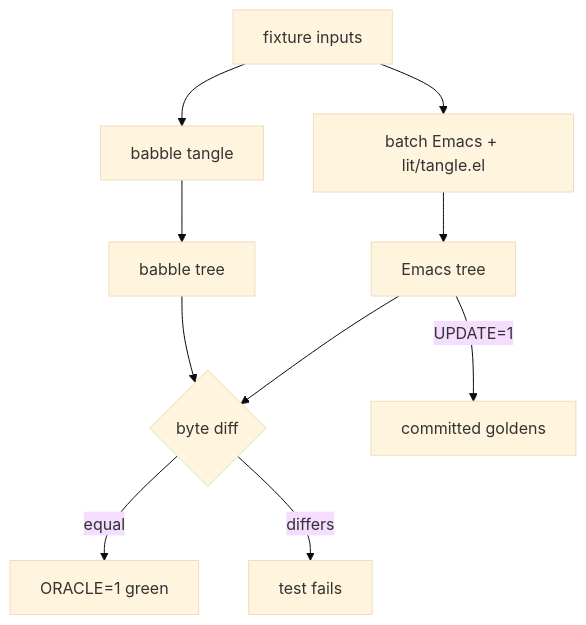
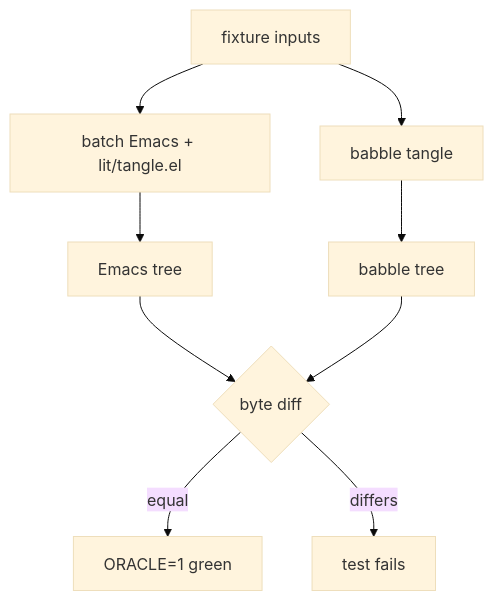
Before and after one commit to bilus/babble: the fifth of 5 diagrams in BOOK.org, drawn with Mermaid (base theme). The commit also changed other lines of this file and 4 other files, not shown here.

```diff
--- a/BOOK.org
+++ b/BOOK.org
@@ -4338,12 +4284,11 @@
 #+begin_src mermaid
 graph TD
   fx[fixture inputs] --> e[batch Emacs + lit/tangle.el]
   fx --> b[babble tangle]
   e --> et[Emacs tree]
   b --> bt[babble tree]
   et --> d{byte diff}
   bt --> d
   d -->|equal| ok[ORACLE=1 green]
   d -->|differs| no[test fails]
-  et -->|UPDATE=1| g[committed goldens]
 #+end_src
```
